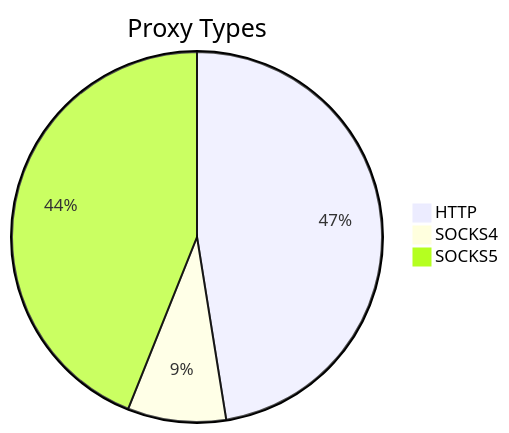
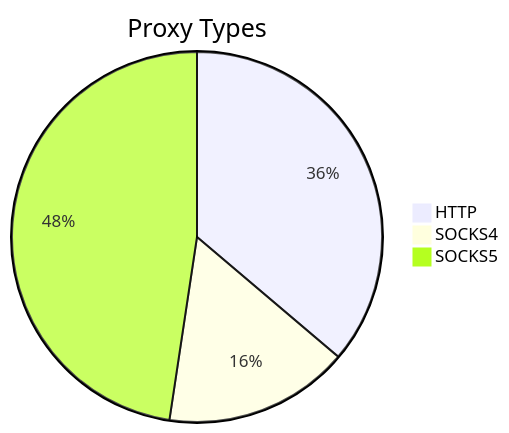
One commit to stormsia/proxy-list changed the first of 2 diagrams in README.md. Above: the diagram before and after it, drawn with Mermaid. The commit also changed other lines of this file, not shown here.

````diff
--- a/README.md
+++ b/README.md
@@ -21,6 +21,6 @@
 ```mermaid
 pie title Proxy Types
-    "HTTP" : 94
-    "SOCKS4" : 17
-    "SOCKS5" : 87
+    "HTTP" : 114
+    "SOCKS4" : 51
+    "SOCKS5" : 150
 ```
````
